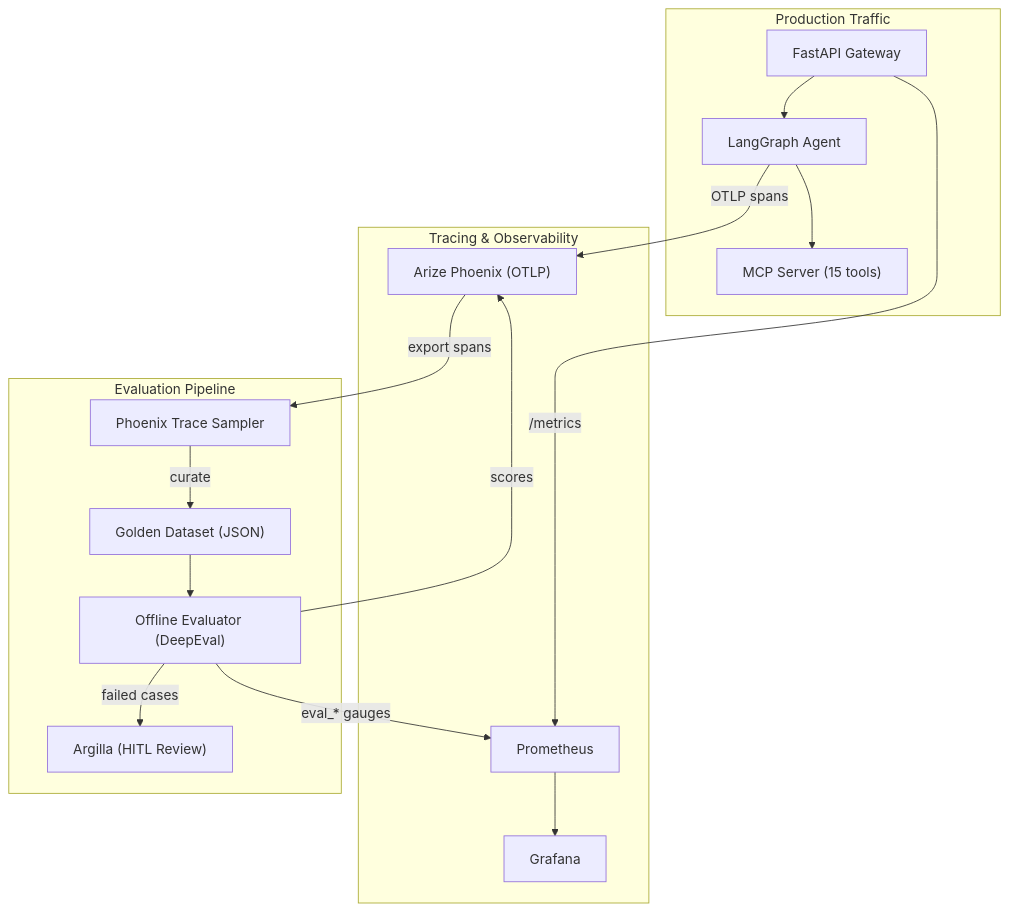
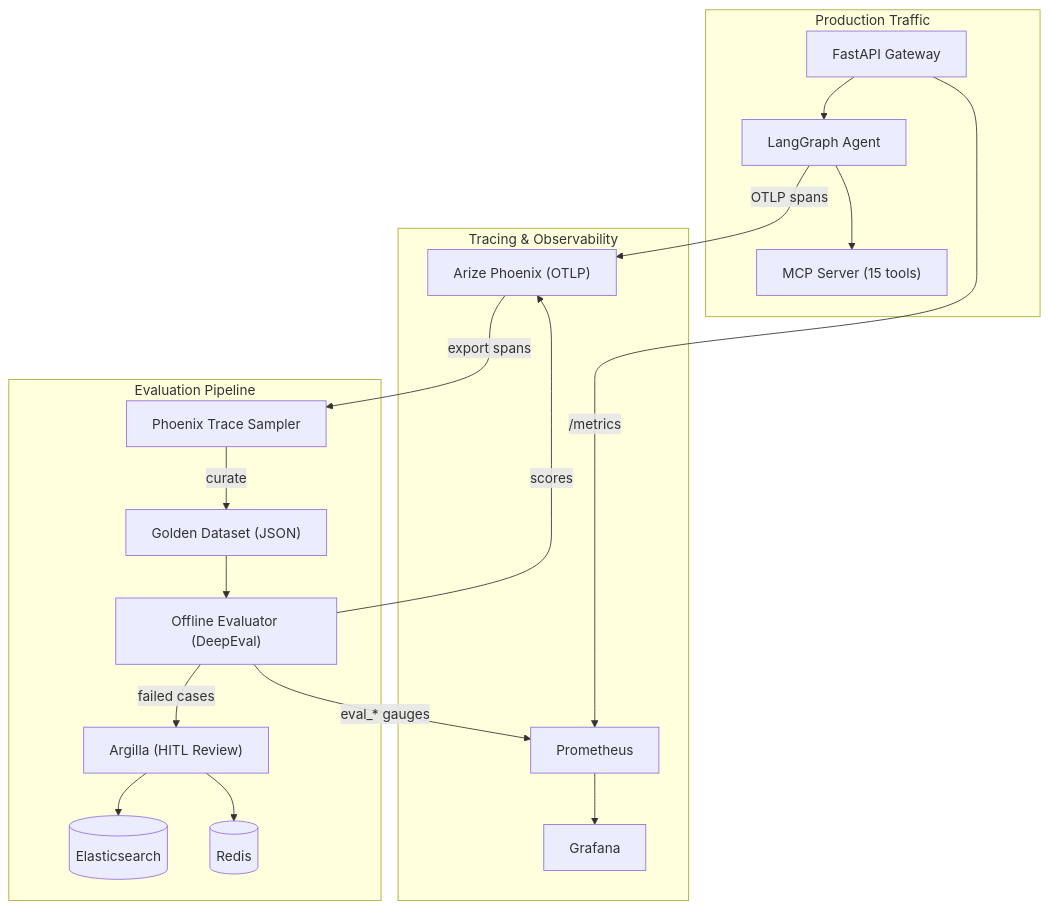
The ninth of 9 diagrams in README.md (danirodao/clinical-trail-agentic-platform), drawn with Mermaid before and after one commit. The commit also changed other lines of this file, not shown here.

Commit message:
updating diagrams

````diff
--- a/README.md
+++ b/README.md
@@ -653,33 +677,37 @@
 ```mermaid
 graph TB
     subgraph "Production Traffic"
         API["FastAPI Gateway"]
         Agent["LangGraph Agent"]
         MCP["MCP Server (15 tools)"]
     end
 
     subgraph "Tracing & Observability"
         Phoenix["Arize Phoenix (OTLP)"]
         Prom["Prometheus"]
         Grafana["Grafana"]
     end
 
     subgraph "Evaluation Pipeline"
         Sampler["Phoenix Trace Sampler"]
         GoldenDS["Golden Dataset (JSON)"]
         Evaluator["Offline Evaluator (DeepEval)"]
         Argilla["Argilla (HITL Review)"]
+        Elastic[(Elasticsearch)]
+        Redis[(Redis)]
     end
 
     API --> Agent --> MCP
     Agent -->|OTLP spans| Phoenix
     API -->|/metrics| Prom
 
     Phoenix -->|export spans| Sampler
     Sampler -->|curate| GoldenDS
     GoldenDS --> Evaluator
     Evaluator -->|scores| Phoenix
     Evaluator -->|eval_* gauges| Prom
     Evaluator -->|failed cases| Argilla
+    Argilla --> Elastic
+    Argilla --> Redis
     Prom --> Grafana
 ```
````
